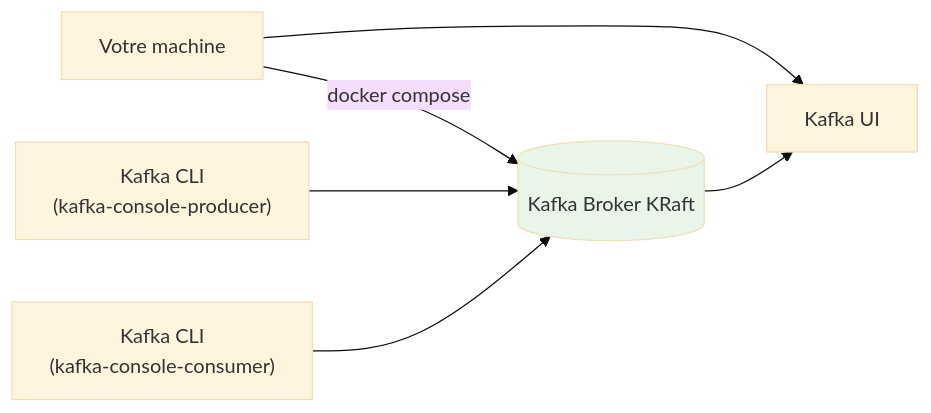
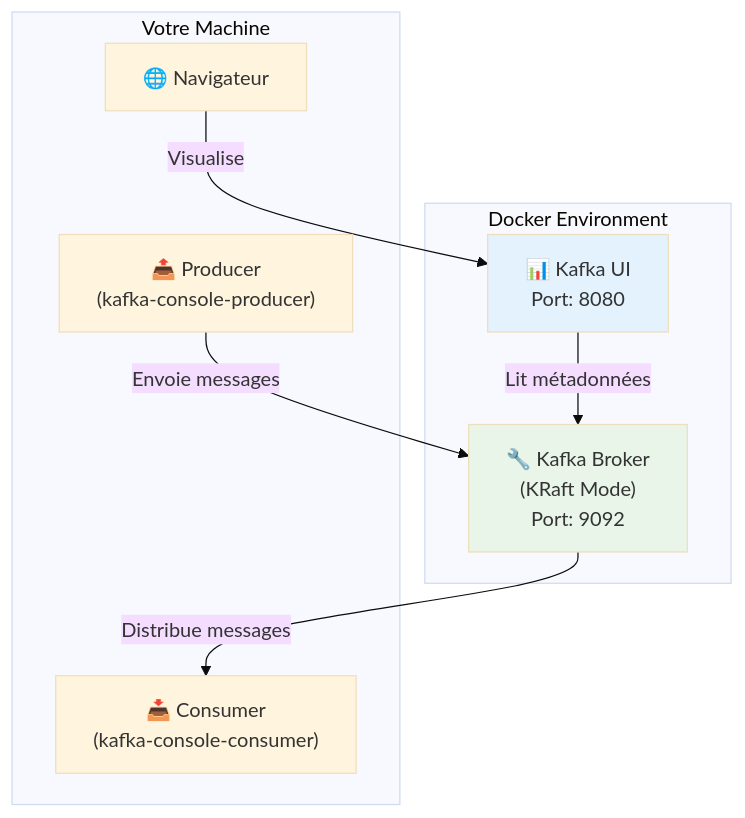
Before and after one commit to msellamiTN/kafka-bhf: the diagram in formation-v2/day-01-foundations/module-01-cluster/README.md, drawn with Mermaid (base theme). The commit also changed other lines of this file and 1 other file, not shown here.

Commit message:
Fix labs for Apache Kafka KRaft

````diff
--- a/formation-v2/day-01-foundations/module-01-cluster/README.md
+++ b/formation-v2/day-01-foundations/module-01-cluster/README.md
@@ -17,12 +42,21 @@
 ```mermaid
-flowchart LR
-  Dev[Votre machine] -->|docker compose| K[(Kafka Broker KRaft)]
-  Dev --> UI[Kafka UI]
-
-  P["Kafka CLI<br/>(kafka-console-producer)"] --> K
-  C["Kafka CLI<br/>(kafka-console-consumer)"] --> K
-
-  K --> UI
-
-  style K fill:#e8f5e8
+flowchart TB
+    subgraph Docker["Docker Environment"]
+        K["🔧 Kafka Broker<br/>(KRaft Mode)<br/>Port: 9092"]
+        UI["📊 Kafka UI<br/>Port: 8080"]
+    end
+    
+    subgraph Client["Votre Machine"]
+        P["📤 Producer<br/>(kafka-console-producer)"]
+        C["📥 Consumer<br/>(kafka-console-consumer)"]
+        Browser["🌐 Navigateur"]
+    end
+    
+    P -->|"Envoie messages"| K
+    K -->|"Distribue messages"| C
+    Browser -->|"Visualise"| UI
+    UI -->|"Lit métadonnées"| K
+    
+    style K fill:#e8f5e8
+    style UI fill:#e3f2fd
 ```
````
